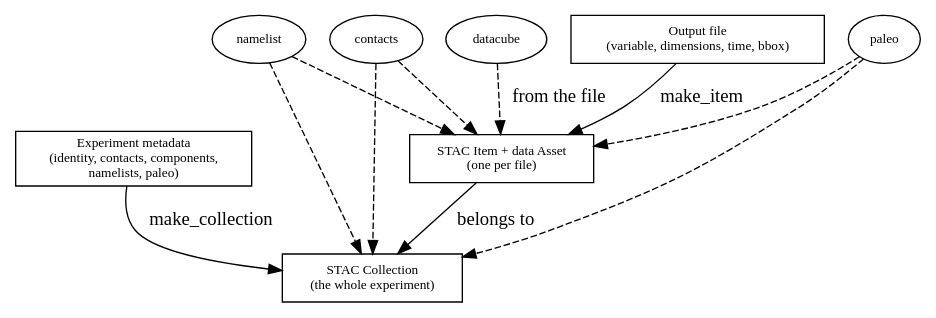
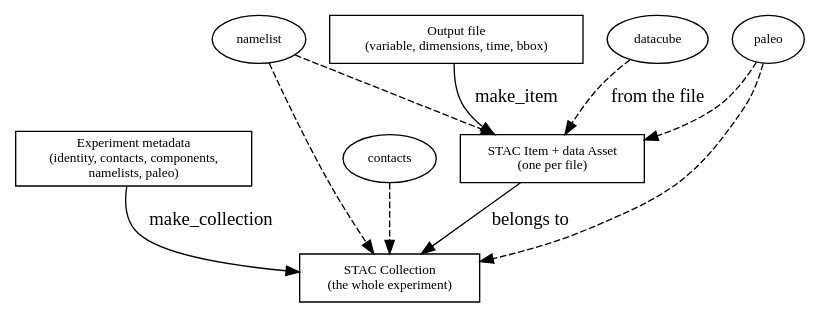
Before and after one commit to esm-tools/esm_tools: the first of 2 diagrams in docs/esm_catalog_architecture.rst, drawn with Graphviz. The commit also changed other lines of this file and 1 other file, not shown here.

```diff
--- a/docs/esm_catalog_architecture.rst
+++ b/docs/esm_catalog_architecture.rst
@@ -33,27 +36,26 @@
 .. graphviz::
 
    digraph pieces {
        rankdir=TB;
        node [shape=box, fontsize=10];
 
        EM   [label="Experiment metadata\n(identity, contacts, components,\nnamelists, paleo)"];
        FILE [label="Output file\n(variable, dimensions, time, bbox)"];
        COLL [label="STAC Collection\n(the whole experiment)"];
        ITEM [label="STAC Item + data Asset\n(one per file)"];
 
        EM   -> COLL [label="make_collection"];
        FILE -> ITEM [label="make_item"];
        ITEM -> COLL [label="belongs to"];
 
        node [shape=ellipse];
        DC [label="datacube"]; CO [label="contacts"];
        NM [label="namelist"]; PA [label="paleo"];
 
        DC -> ITEM [label="from the file", style=dashed];
-       CO -> ITEM [style=dashed];
        NM -> ITEM [style=dashed];
        PA -> ITEM [style=dashed];
        CO -> COLL [style=dashed];
        NM -> COLL [style=dashed];
        PA -> COLL [style=dashed];
    }
```
